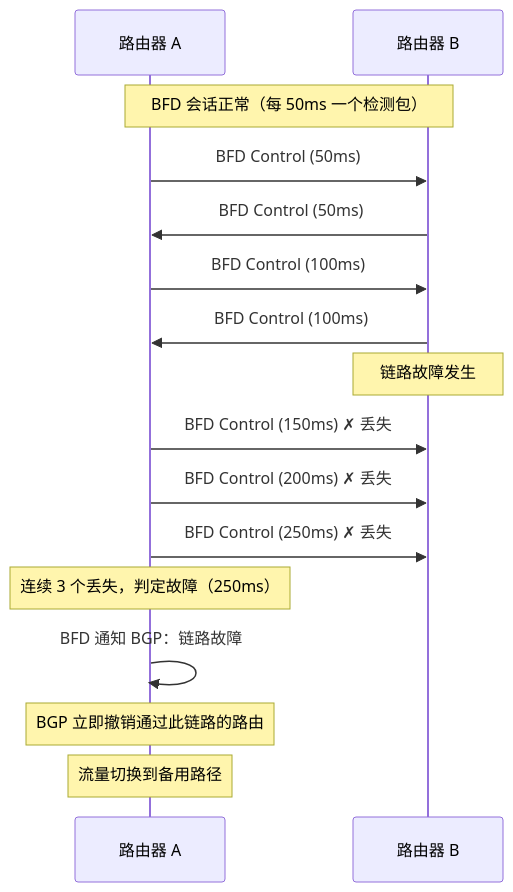
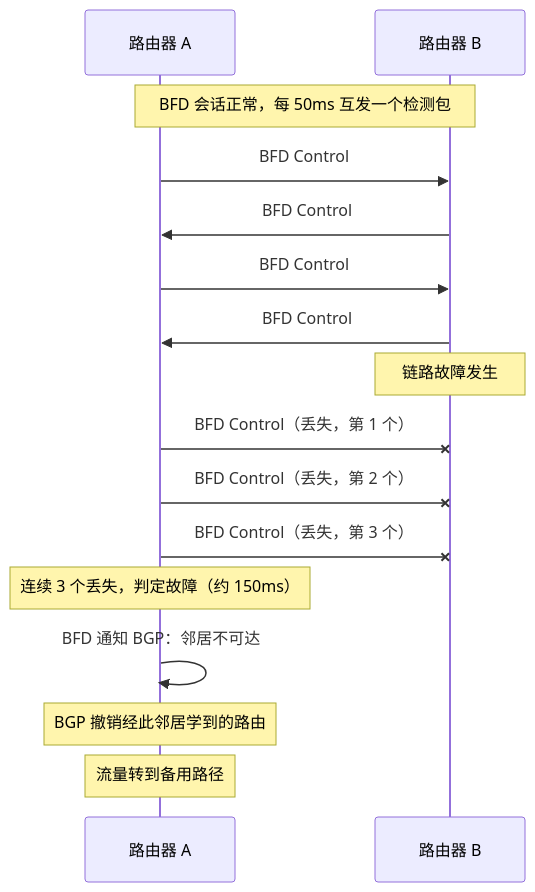
One commit to caozhiyi/network-book changed the second of 5 diagrams in docs/30.故障时如何自救多路径与网络层容灾.md. Above: the diagram before and after it, drawn with Mermaid. The commit also changed other lines of this file and 14 other files, not shown here.

````diff
--- a/docs/30.故障时如何自救多路径与网络层容灾.md
+++ b/docs/30.故障时如何自救多路径与网络层容灾.md
@@ -89,21 +69,21 @@
 ```mermaid
 sequenceDiagram
     participant RA as 路由器 A
     participant RB as 路由器 B
-    
-    Note over RA,RB: BFD 会话正常（每 50ms 一个检测包）
-    RA->>RB: BFD Control (50ms)
-    RB->>RA: BFD Control (50ms)
-    RA->>RB: BFD Control (100ms)
-    RB->>RA: BFD Control (100ms)
-    
+
+    Note over RA,RB: BFD 会话正常，每 50ms 互发一个检测包
+    RA->>RB: BFD Control
+    RB->>RA: BFD Control
+    RA->>RB: BFD Control
+    RB->>RA: BFD Control
+
     Note over RB: 链路故障发生
-    RA->>RB: BFD Control (150ms) ✗ 丢失
-    RA->>RB: BFD Control (200ms) ✗ 丢失
-    RA->>RB: BFD Control (250ms) ✗ 丢失
-    
-    Note over RA: 连续 3 个丢失，判定故障（250ms）
-    RA->>RA: BFD 通知 BGP：链路故障
-    Note over RA: BGP 立即撤销通过此链路的路由
-    Note over RA: 流量切换到备用路径
+    RA-xRB: BFD Control（丢失，第 1 个）
+    RA-xRB: BFD Control（丢失，第 2 个）
+    RA-xRB: BFD Control（丢失，第 3 个）
+
+    Note over RA: 连续 3 个丢失，判定故障（约 150ms）
+    RA->>RA: BFD 通知 BGP：邻居不可达
+    Note over RA: BGP 撤销经此邻居学到的路由
+    Note over RA: 流量转到备用路径
 ```
````
